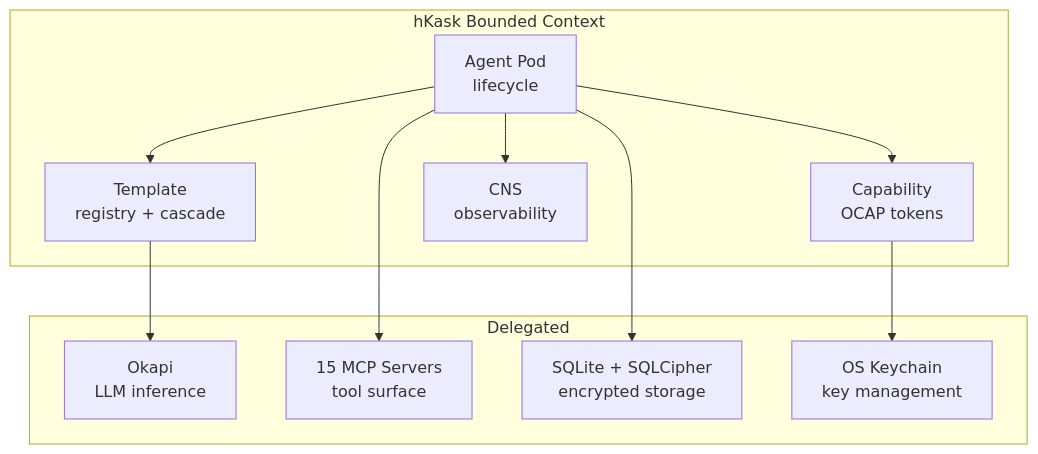
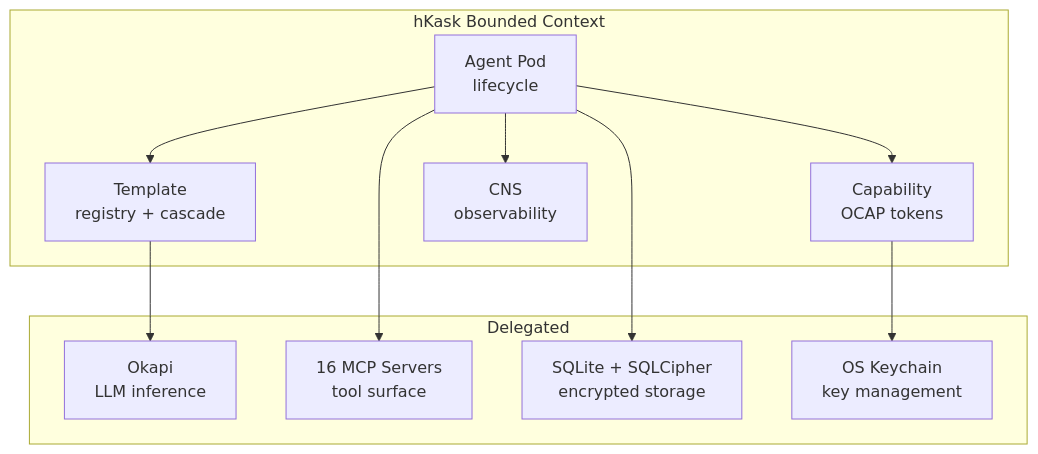
The first of 4 diagrams in docs/architecture/domain-and-capability.md (mdz-axo/hKask), drawn with Mermaid before and after one commit. The commit also changed other lines of this file and 5 other files, not shown here.

````diff
--- a/docs/architecture/domain-and-capability.md
+++ b/docs/architecture/domain-and-capability.md
@@ -37,24 +37,24 @@
 ```mermaid
 graph TD
     subgraph BoundedContext["hKask Bounded Context"]
         POD["Agent Pod<br/>lifecycle"]
         CAP["Capability<br/>OCAP tokens"]
         TPL["Template<br/>registry + cascade"]
         CNS["CNS<br/>observability"]
     end
 
     subgraph Delegated["Delegated"]
         OKAPI["Okapi<br/>LLM inference"]
-        MCP_EXT["15 MCP Servers<br/>tool surface"]
+        MCP_EXT["16 MCP Servers<br/>tool surface"]
         SQLITE["SQLite + SQLCipher<br/>encrypted storage"]
         KEYCHAIN["OS Keychain<br/>key management"]
     end
 
     POD --> CAP
     POD --> TPL
     POD --> CNS
     TPL --> OKAPI
     POD --> MCP_EXT
     POD --> SQLITE
     CAP --> KEYCHAIN
 ```
````
